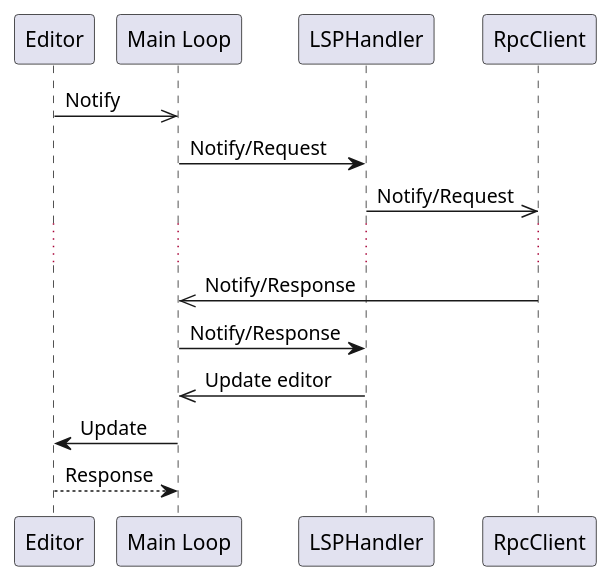
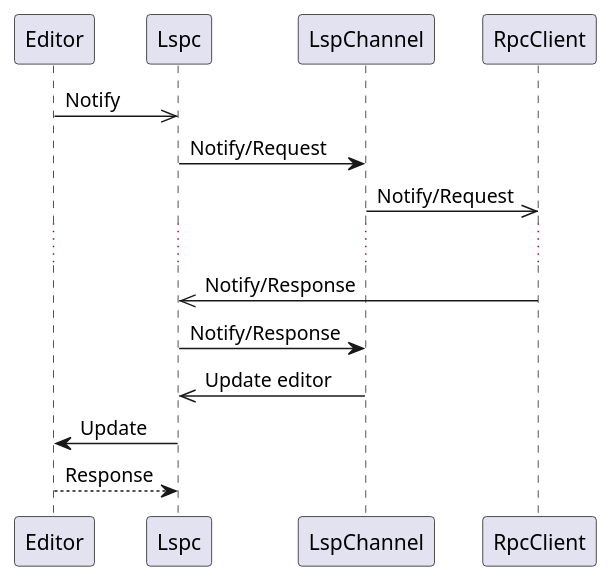
Before and after one commit to unrealhoang/lspc: the diagram in design/components.puml, drawn with PlantUML. The commit also changed 2 other files, not shown here.

Commit message:
rename components LspHandler -> LspChannel

```diff
--- a/design/components.puml
+++ b/design/components.puml
@@ -1,13 +1,13 @@
 @startuml
 
-Editor ->> "Main Loop": Notify
-"Main Loop" -> LSPHandler: Notify/Request
-LSPHandler ->> RpcClient: Notify/Request
+Editor ->> Lspc: Notify
+Lspc -> LspChannel: Notify/Request
+LspChannel ->> RpcClient: Notify/Request
 ...
-RpcClient ->> "Main Loop": Notify/Response
-"Main Loop" -> LSPHandler: Notify/Response
-LSPHandler ->> "Main Loop": Update editor
-"Main Loop" -> Editor: Update
-Editor --> "Main Loop": Response
+RpcClient ->> Lspc: Notify/Response
+Lspc -> LspChannel: Notify/Response
+LspChannel ->> Lspc: Update editor
+Lspc -> Editor: Update
+Editor --> Lspc: Response
 
 @enduml
```
